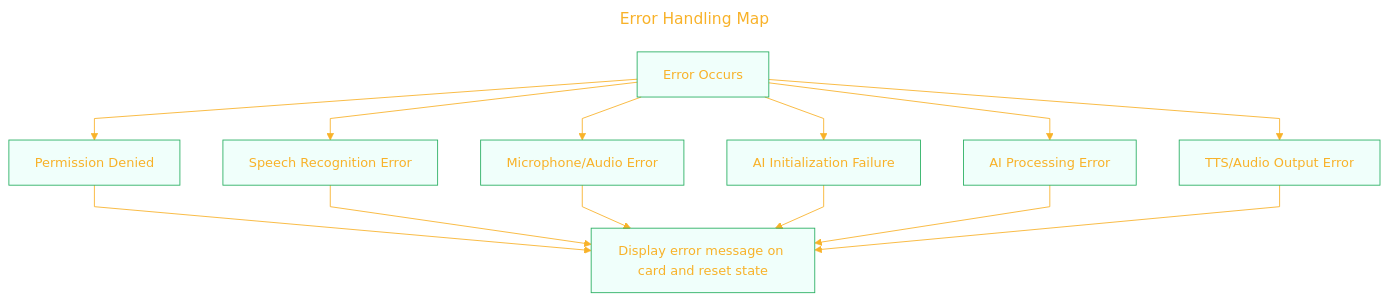
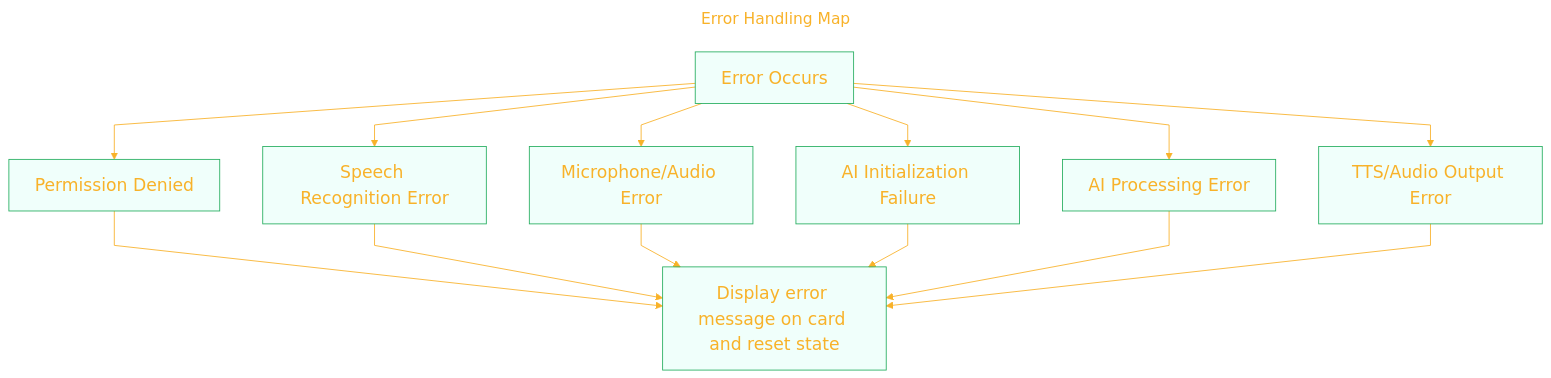
Before and after one commit to CongLeSolutionX/Ask-a-Le: the sixth of 12 diagrams in Ask a Le/ChatWithLocalBot_V5/DOCUMENTATION_Draft.md, drawn with Mermaid. The commit also changed other lines of this file, not shown here.

````diff
--- a/Ask a Le/ChatWithLocalBot_V5/DOCUMENTATION_Draft.md
+++ b/Ask a Le/ChatWithLocalBot_V5/DOCUMENTATION_Draft.md
@@ -343,48 +345,48 @@
 ```mermaid
 ---
 title: "Error Handling Map"
 author: "Cong Le"
 version: "1.0"
 license(s): "MIT, CC BY 4.0"
 copyright: "Copyright (c) 2025 Cong Le. All Rights Reserved."
 config:
   layout: dagre
   theme: base
 ---
 %%%%%%%% Mermaid version v11.4.1-b.14
 %%%%%%%% Available curve styles include the following keywords:
 %% basis, bumpX, bumpY, cardinal, catmullRom, linear, monotoneX, monotoneY, natural, step, stepAfter, stepBefore.
 %%{
   init: {
     'flowchart': { 'htmlLabels': false, 'curve': 'linear' },
     'fontFamily': 'Monaco',
     'themeVariables': {
       'primaryColor': '#2FB1',
       'primaryTextColor': '#F8B229',
       'lineColor': '#F8B229',
       'primaryBorderColor': '#27AE60',
       'secondaryColor': '#EBDEF0',
       'secondaryTextColor': '#6C3483',
       'secondaryBorderColor': '#A569BD',
-      'fontSize': '15px'
+      'fontSize': '20px'
     }
   }
 }%%
 flowchart TD
     EStart["Error Occurs"]
     EStart --> EPerm["Permission Denied"]
     EStart --> ESpeechRec["Speech Recognition Error"]
     EStart --> EAudio["Microphone/Audio Error"]
     EStart --> EAIInit["AI Initialization Failure"]
     EStart --> EAICall["AI Processing Error"]
     EStart --> EPlayback["TTS/Audio Output Error"]
 
     EPerm --> UIError["Show permission error (red)"]
     ESpeechRec --> UIError
     EAudio --> UIError
     EAIInit --> UIError
     EAICall --> UIError
     EPlayback --> UIError
 
     UIError["Display error message on card and reset state"]
 ```
````
